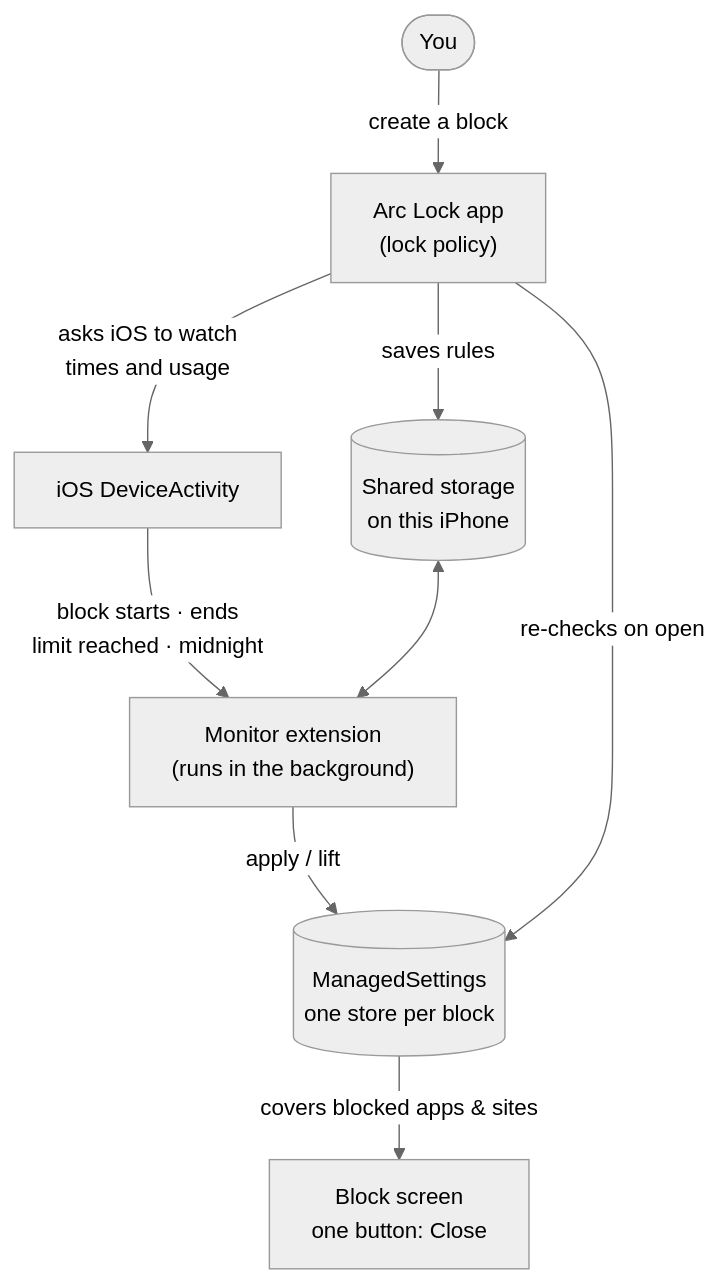
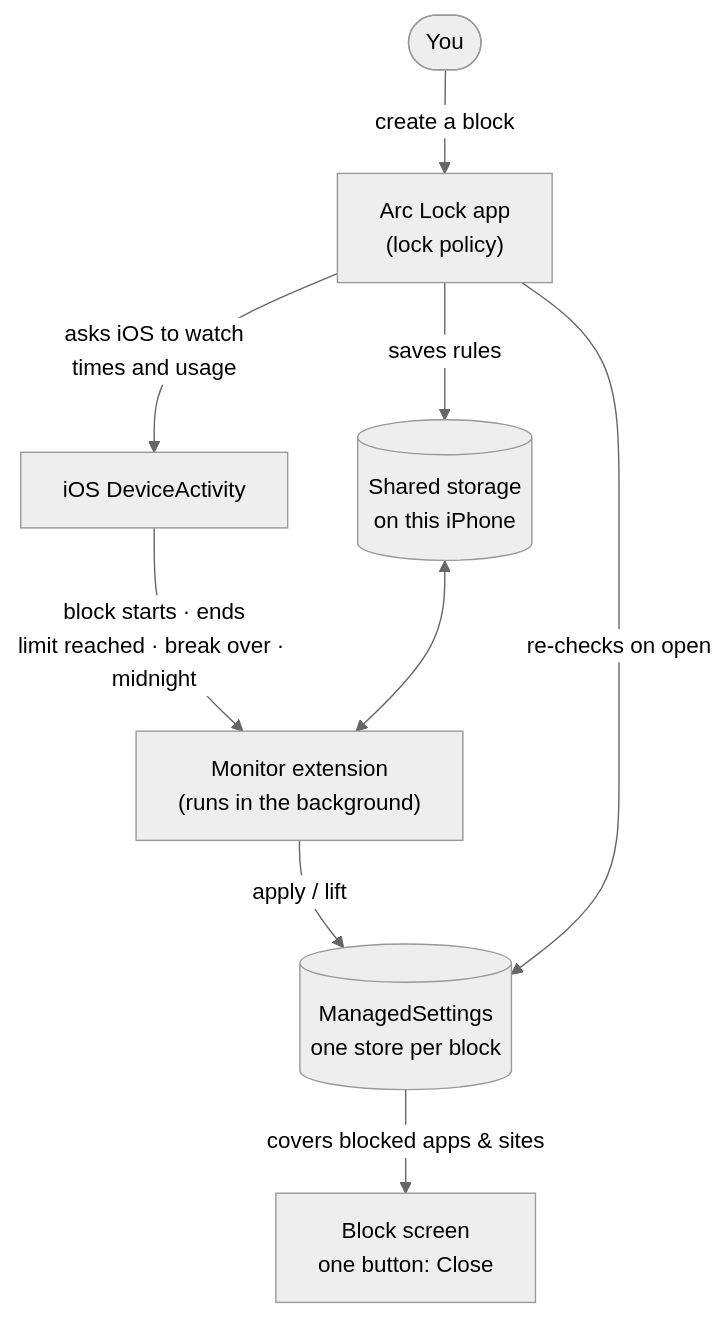
Before and after one commit to WeldingArc/arc-lock: the diagram in README.md, drawn with Mermaid (neutral theme). The commit also changed other lines of this file and 21 other files, not shown here.

````diff
--- a/README.md
+++ b/README.md
@@ -45,11 +48,11 @@
 ```mermaid
 flowchart TD
     You(["You"]) -->|"create a block"| App["Arc Lock app<br/>(lock policy)"]
     App -->|"saves rules"| Store[("Shared storage<br/>on this iPhone")]
     App -->|"asks iOS to watch<br/>times and usage"| DA["iOS DeviceActivity"]
-    DA -->|"block starts · ends<br/>limit reached · midnight"| Mon["Monitor extension<br/>(runs in the background)"]
+    DA -->|"block starts · ends<br/>limit reached · break over · midnight"| Mon["Monitor extension<br/>(runs in the background)"]
     Store <--> Mon
     Mon -->|"apply / lift"| MS[("ManagedSettings<br/>one store per block")]
     App -->|"re-checks on open"| MS
     MS -->|"covers blocked apps & sites"| Shield["Block screen<br/>one button: Close"]
 ```
````
